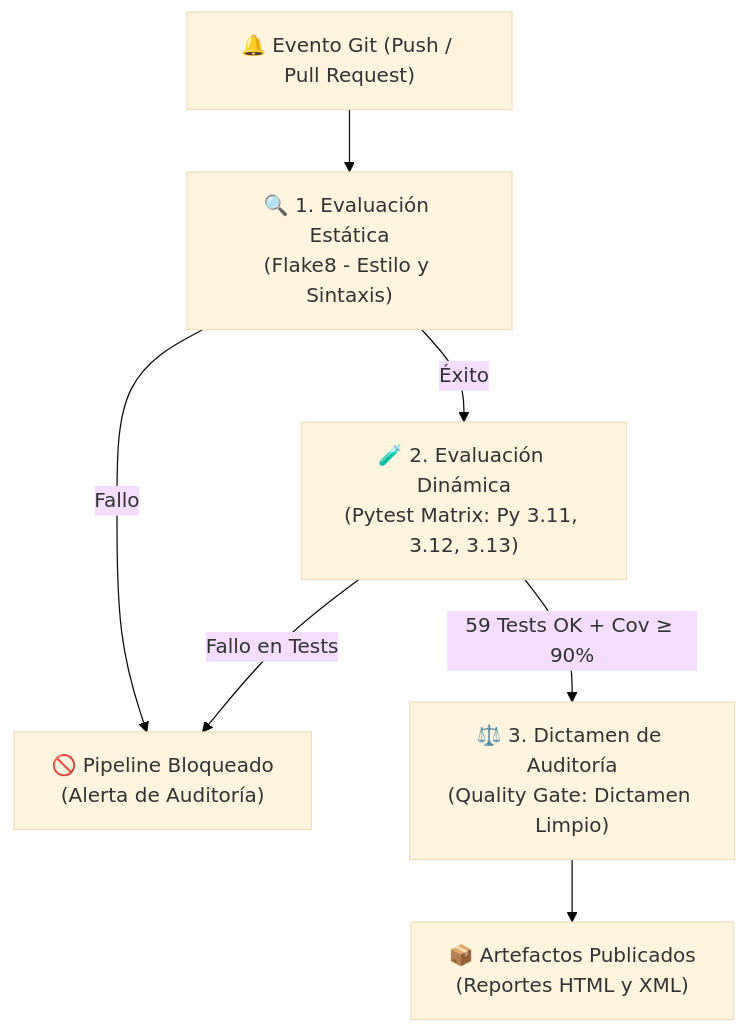
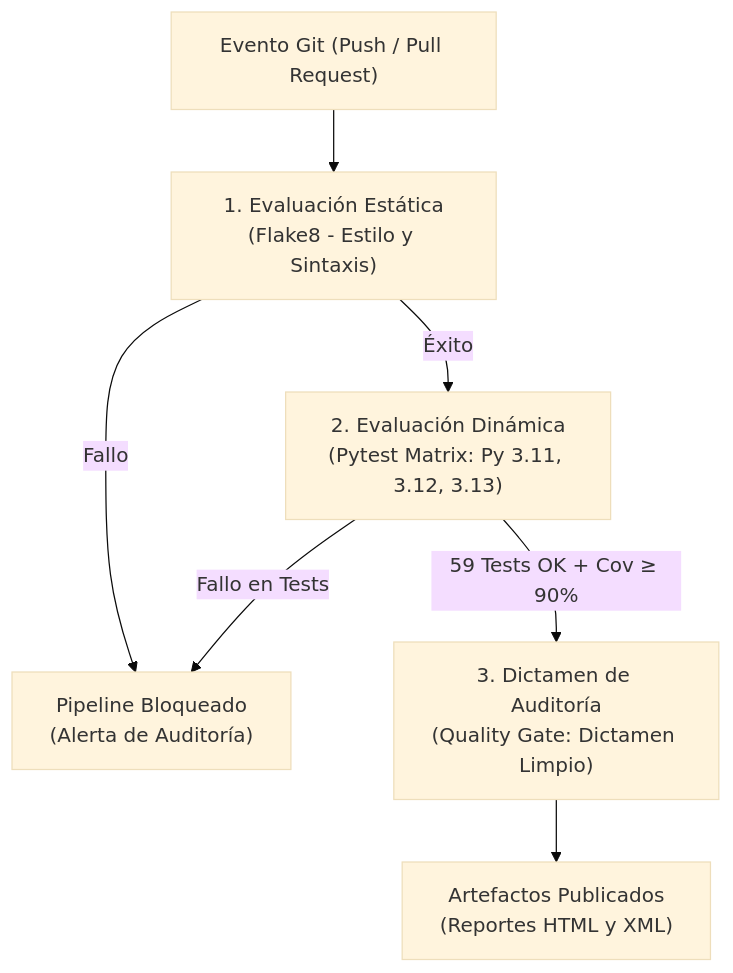
One commit to mrbryanvm/sisnotas_umss changed the diagram in README.md. Above: the diagram before and after it, drawn with Mermaid (base theme). The commit also changed other lines of this file, not shown here.

````diff
--- a/README.md
+++ b/README.md
@@ -43,9 +41,9 @@
 ```mermaid
 graph TD
-    A["🔔 Evento Git (Push / Pull Request)"] --> B["🔍 1. Evaluación Estática<br/>(Flake8 - Estilo y Sintaxis)"]
-    B -->|Éxito| C["🧪 2. Evaluación Dinámica<br/>(Pytest Matrix: Py 3.11, 3.12, 3.13)"]
-    B -->|Fallo| E["🚫 Pipeline Bloqueado<br/>(Alerta de Auditoría)"]
-    C -->|59 Tests OK + Cov ≥ 90%| D["⚖️ 3. Dictamen de Auditoría<br/>(Quality Gate: Dictamen Limpio)"]
+    A["Evento Git (Push / Pull Request)"] --> B["1. Evaluación Estática<br/>(Flake8 - Estilo y Sintaxis)"]
+    B -->|Éxito| C["2. Evaluación Dinámica<br/>(Pytest Matrix: Py 3.11, 3.12, 3.13)"]
+    B -->|Fallo| E["Pipeline Bloqueado<br/>(Alerta de Auditoría)"]
+    C -->|59 Tests OK + Cov ≥ 90%| D["3. Dictamen de Auditoría<br/>(Quality Gate: Dictamen Limpio)"]
     C -->|Fallo en Tests| E
-    D --> F["📦 Artefactos Publicados<br/>(Reportes HTML y XML)"]
+    D --> F["Artefactos Publicados<br/>(Reportes HTML y XML)"]
 ```
````
